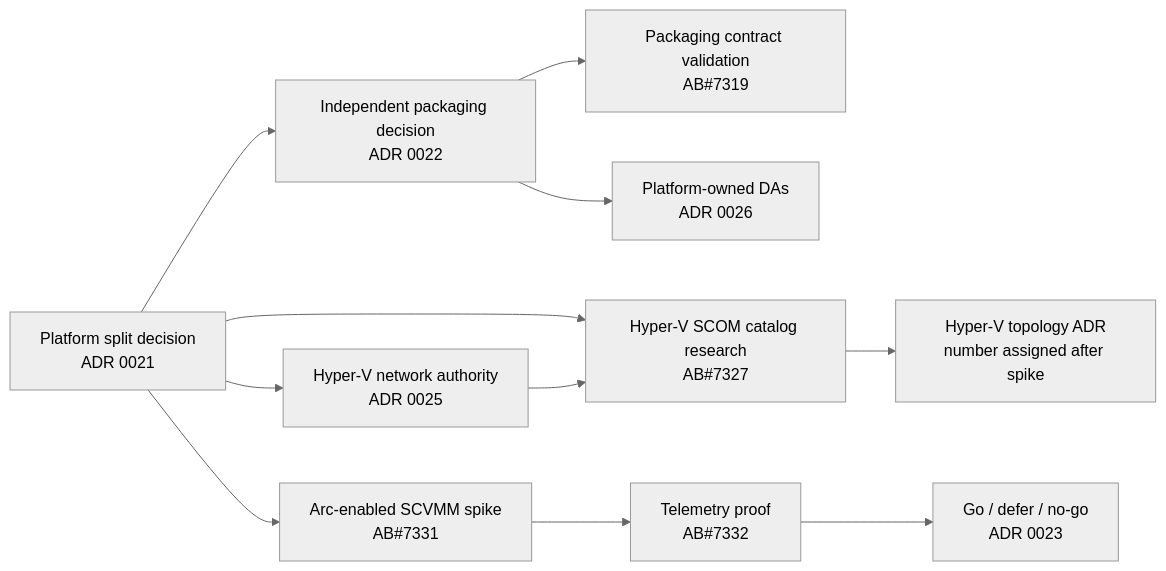
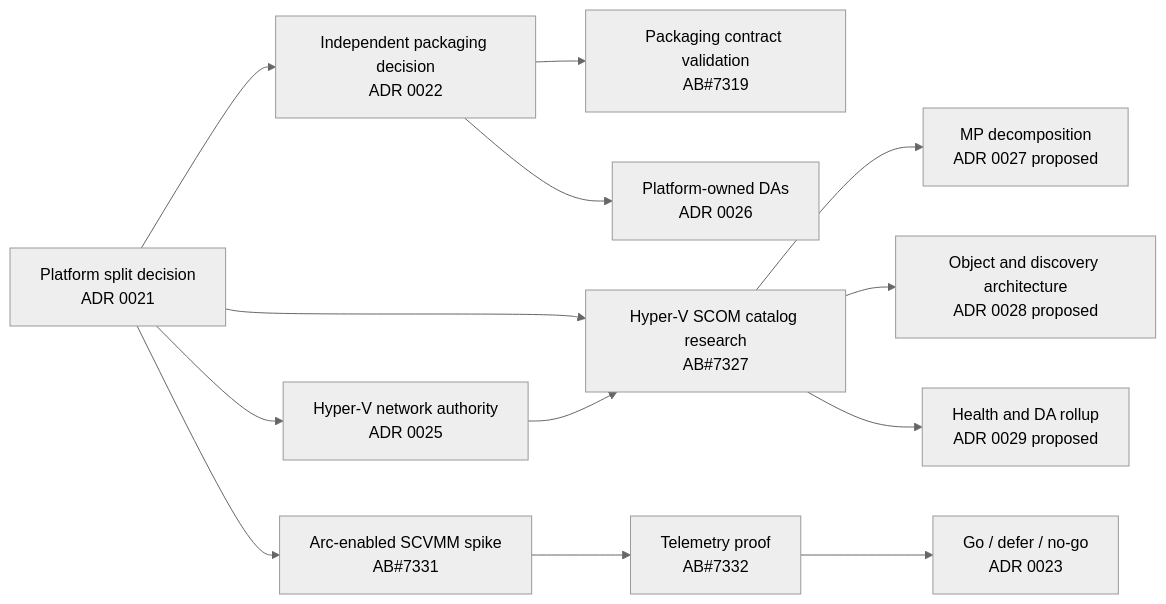
Before and after one commit to AzureLocal/azurelocal-scom-mp: the diagram in docs/design/research-spikes.md, drawn with Mermaid (neutral theme). The commit also changed other lines of this file and 30 other files, not shown here.

Commit message:
docs(hyper-v): design comprehensive SCOM architecture AB#7359

````diff
--- a/docs/design/research-spikes.md
+++ b/docs/design/research-spikes.md
@@ -19,13 +19,15 @@
 ```mermaid
 flowchart LR
     P[Platform split decision<br/>ADR 0021] --> Pkg[Independent packaging decision<br/>ADR 0022]
     Pkg --> S1[Packaging contract validation<br/>AB#7319]
     Pkg --> DA[Platform-owned DAs<br/>ADR 0026]
     P --> S2[Hyper-V SCOM catalog research<br/>AB#7327]
     P --> Net[Hyper-V network authority<br/>ADR 0025]
     Net --> S2
-    S2 --> HV[Hyper-V topology ADR<br/>number assigned after spike]
+    S2 --> MP[MP decomposition<br/>ADR 0027 proposed]
+    S2 --> OBJ[Object and discovery architecture<br/>ADR 0028 proposed]
+    S2 --> HEALTH[Health and DA rollup<br/>ADR 0029 proposed]
     P --> S3[Arc-enabled SCVMM spike<br/>AB#7331]
     S3 --> S4[Telemetry proof<br/>AB#7332]
     S4 --> Arc[Go / defer / no-go<br/>ADR 0023]
 ```
````
